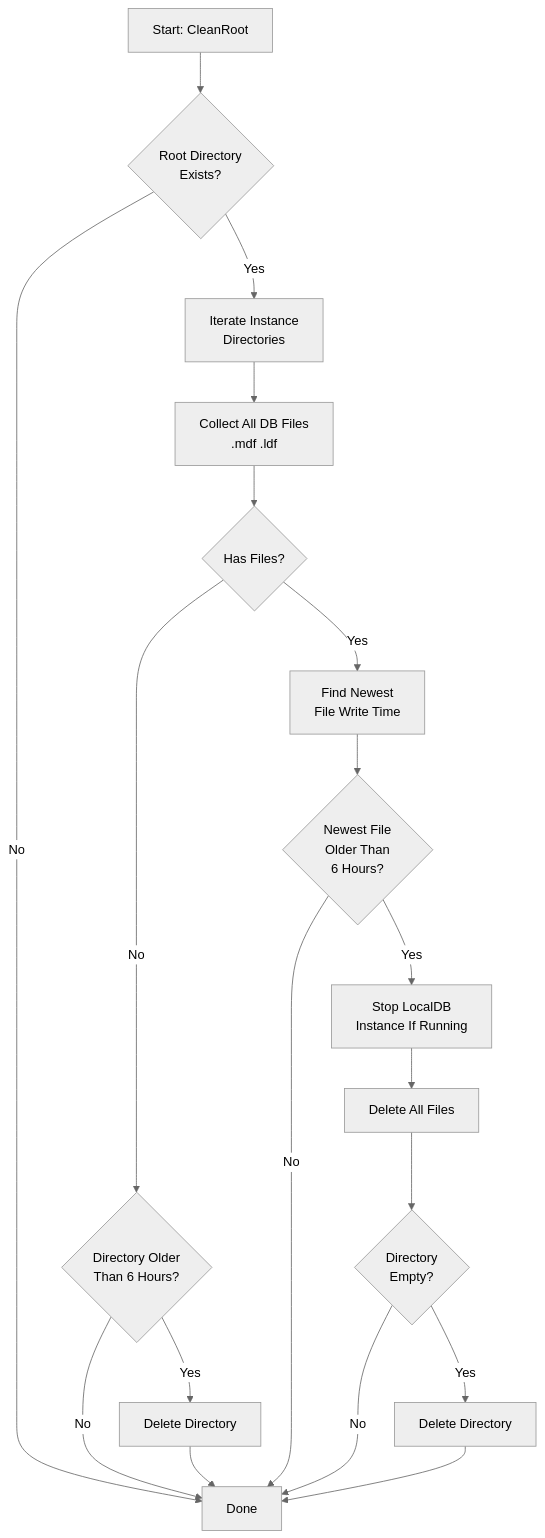
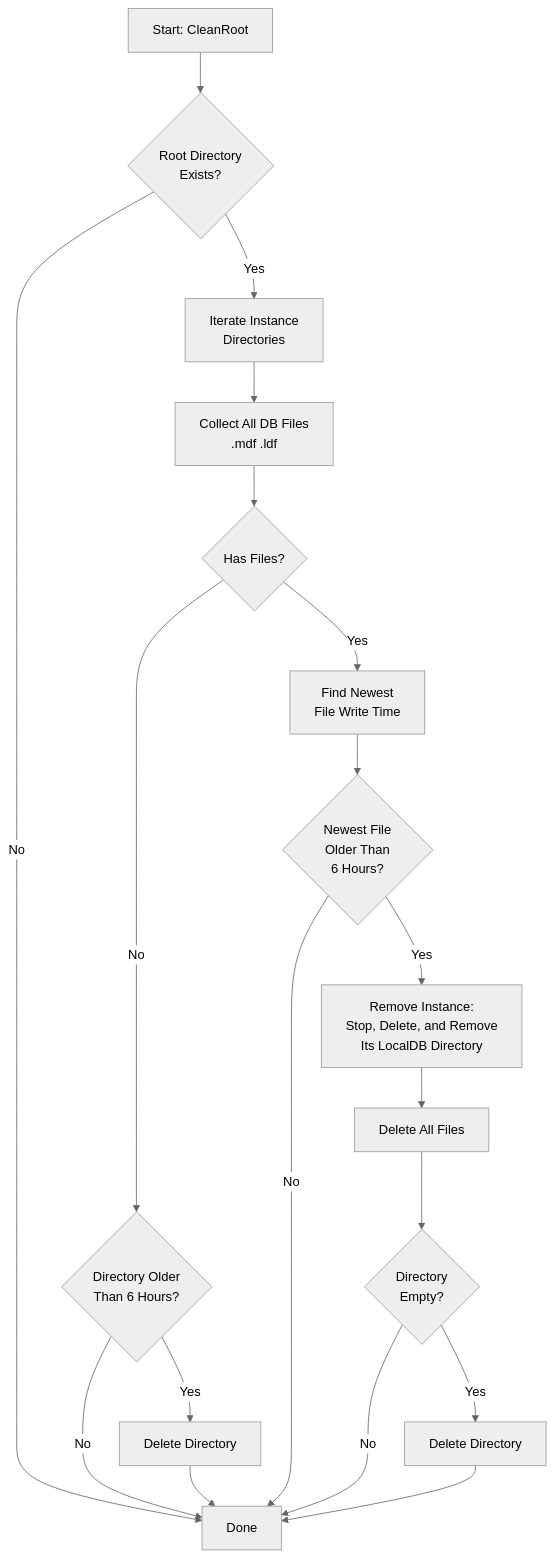
Before and after one commit to SimonCropp/LocalDb: the third of 5 diagrams in readme.md, drawn with Mermaid (neutral theme). The commit also changed other lines of this file and 16 other files, not shown here.

````diff
--- a/readme.md
+++ b/readme.md
@@ -358,36 +359,36 @@
 ```mermaid
 flowchart TD
     start[Start: CleanRoot]
     checkRootExists{Root Directory<br>Exists?}
     iterateDirs[Iterate Instance<br>Directories]
     collectFiles[Collect All DB Files<br>.mdf .ldf]
     checkHasFiles{Has Files?}
     checkDirAge{Directory Older<br>Than 6 Hours?}
     deleteDirEmpty[Delete Directory]
     findNewest[Find Newest<br>File Write Time]
     checkNewest{Newest File<br>Older Than<br>6 Hours?}
-    stopInstance[Stop LocalDB<br>Instance If Running]
+    stopInstance[Remove Instance:<br>Stop, Delete, and Remove<br>Its LocalDB Directory]
     deleteAllFiles[Delete All Files]
     checkEmptyAfter{Directory<br>Empty?}
     deleteDirAfter[Delete Directory]
     done[Done]
 
     start --> checkRootExists
     checkRootExists -->|No| done
     checkRootExists -->|Yes| iterateDirs
     iterateDirs --> collectFiles
     collectFiles --> checkHasFiles
     checkHasFiles -->|No| checkDirAge
     checkDirAge -->|Yes| deleteDirEmpty
     checkDirAge -->|No| done
     deleteDirEmpty --> done
     checkHasFiles -->|Yes| findNewest
     findNewest --> checkNewest
     checkNewest -->|No| done
     checkNewest -->|Yes| stopInstance
     stopInstance --> deleteAllFiles
     deleteAllFiles --> checkEmptyAfter
     checkEmptyAfter -->|Yes| deleteDirAfter
     checkEmptyAfter -->|No| done
     deleteDirAfter --> done
 ```
````
